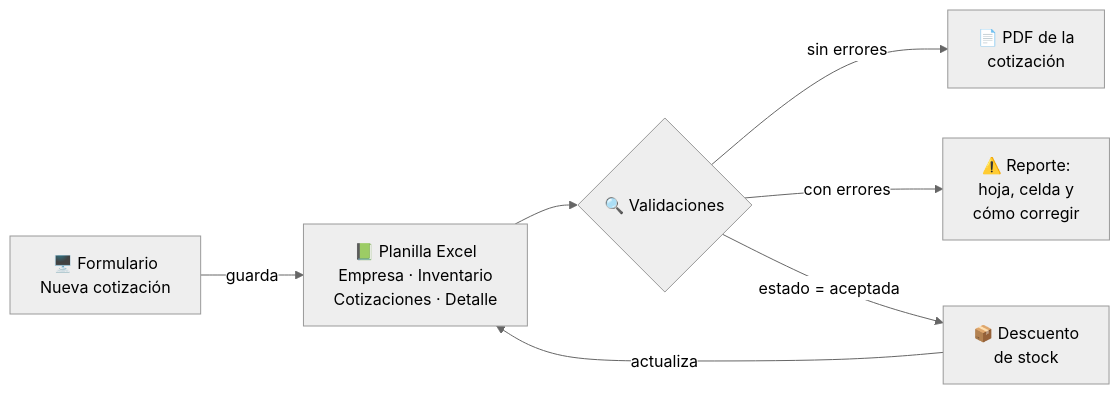
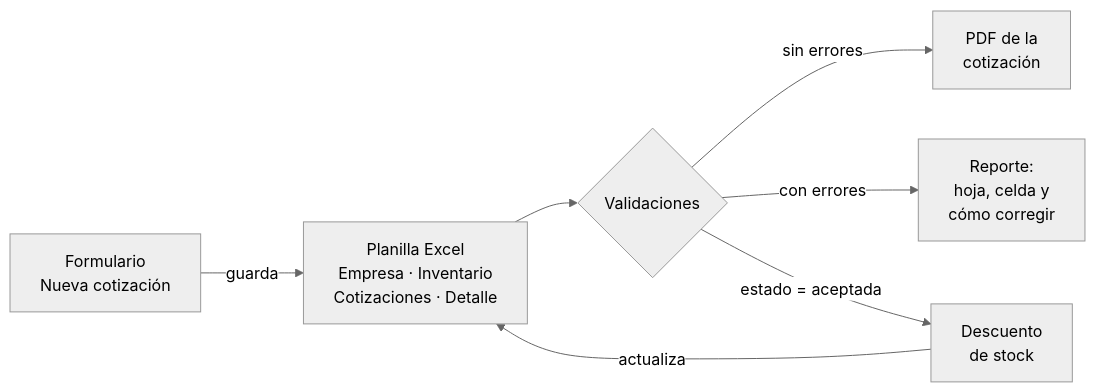
One commit to sebagonza324-glitch/automatizaciones-pymes changed the diagram in README.md. Above: the diagram before and after it, drawn with Mermaid (neutral theme). The commit also changed other lines of this file, not shown here.

````diff
--- a/README.md
+++ b/README.md
@@ -74,9 +74,9 @@
 ```mermaid
 flowchart LR
-    F["🖥️ Formulario<br/>Nueva cotización"] -->|guarda| X
-    X["📗 Planilla Excel<br/>Empresa · Inventario<br/>Cotizaciones · Detalle"] --> V{"🔍 Validaciones"}
-    V -->|sin errores| P["📄 PDF de la<br/>cotización"]
-    V -->|con errores| R["⚠️ Reporte:<br/>hoja, celda y<br/>cómo corregir"]
-    V -->|estado = aceptada| S["📦 Descuento<br/>de stock"]
+    F["Formulario<br/>Nueva cotización"] -->|guarda| X
+    X["Planilla Excel<br/>Empresa · Inventario<br/>Cotizaciones · Detalle"] --> V{"Validaciones"}
+    V -->|sin errores| P["PDF de la<br/>cotización"]
+    V -->|con errores| R["Reporte:<br/>hoja, celda y<br/>cómo corregir"]
+    V -->|estado = aceptada| S["Descuento<br/>de stock"]
     S -->|actualiza| X
 ```
````
